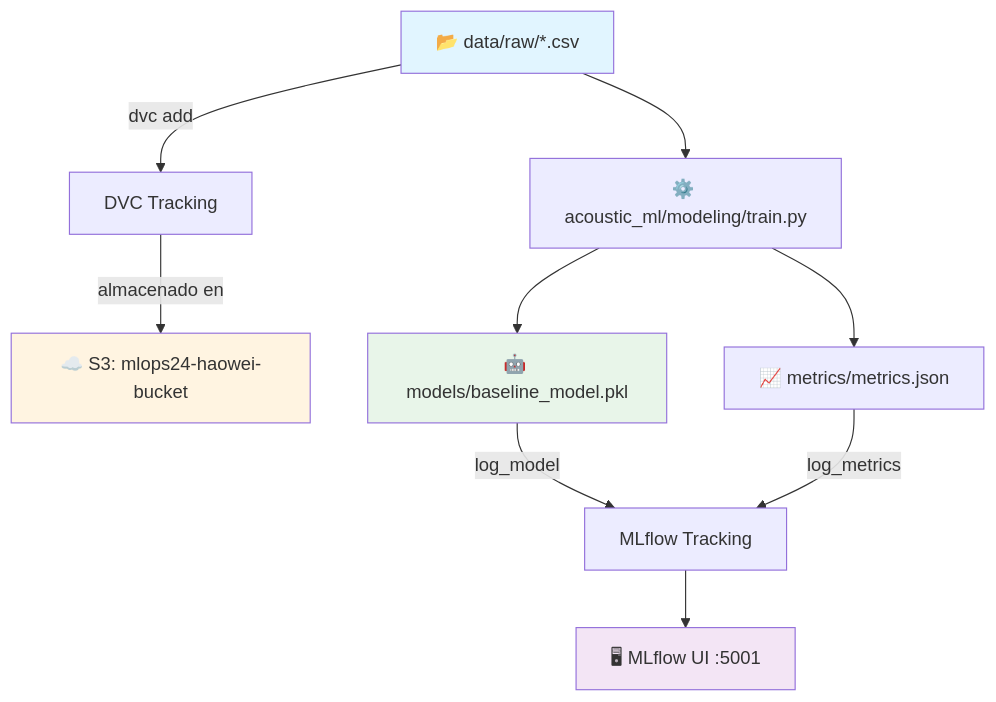
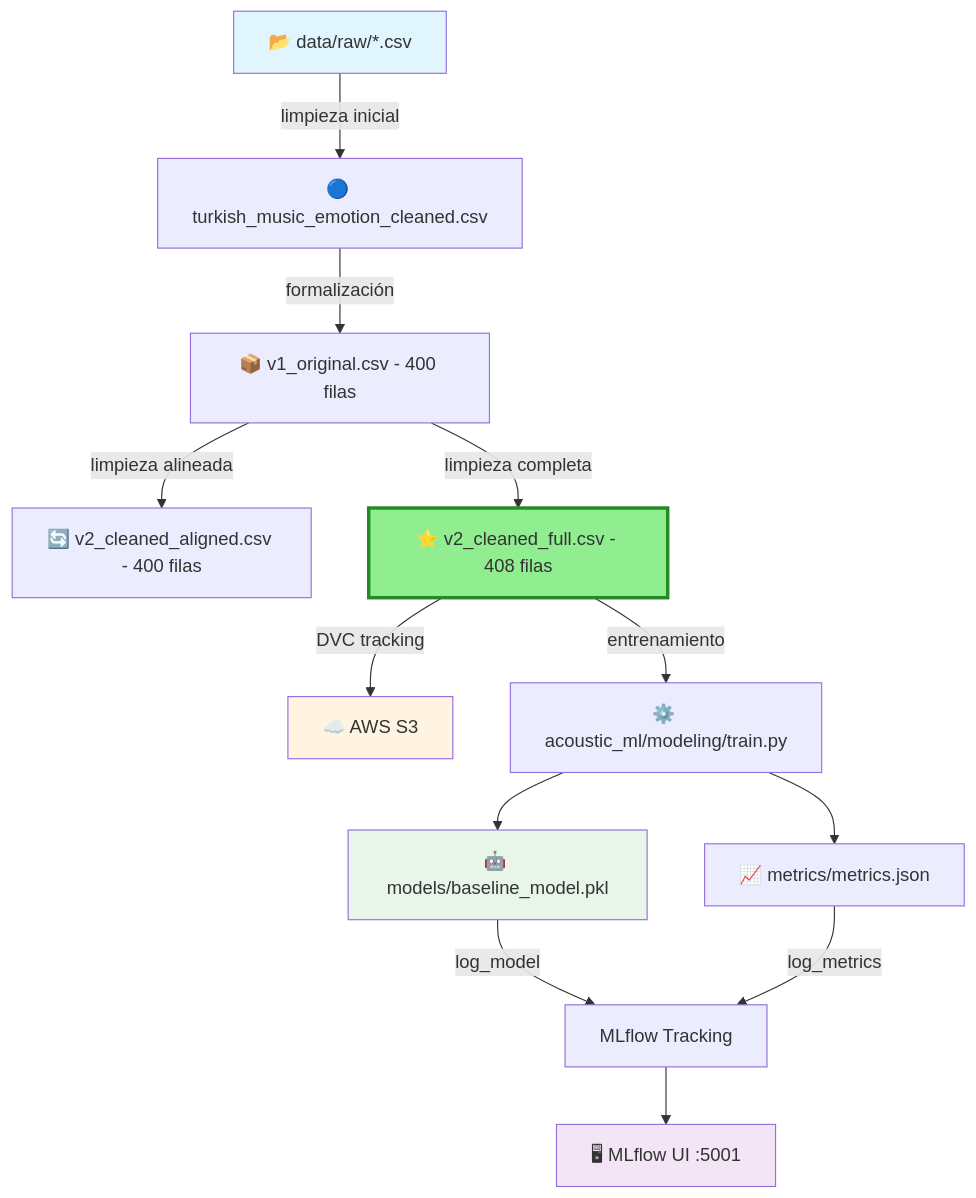
One commit to jrebull/MLOps_Team24 changed the diagram in README.md. Above: the diagram before and after it, drawn with Mermaid. The commit also changed other lines of this file and 1 other file, not shown here.

````diff
--- a/README.md
+++ b/README.md
@@ -744,16 +1053,21 @@
 ```mermaid
 flowchart TD
-    A[📂 data/raw/*.csv] -->|dvc add| B[DVC Tracking]
-    B -->|almacenado en| C[☁️ S3: mlops24-haowei-bucket]
-    A --> D[⚙️ acoustic_ml/modeling/train.py]
-    D --> E[🤖 models/baseline_model.pkl]
-    D --> F[📈 metrics/metrics.json]
-    E -->|log_model| G[MLflow Tracking]
-    F -->|log_metrics| G
-    G --> H[🖥 MLflow UI :5001]
+    A[📂 data/raw/*.csv] -->|limpieza inicial| B[🔵 turkish_music_emotion_cleaned.csv]
+    B -->|formalización| C[📦 v1_original.csv - 400 filas]
+    C -->|limpieza alineada| D[🔄 v2_cleaned_aligned.csv - 400 filas]
+    C -->|limpieza completa| E[⭐ v2_cleaned_full.csv - 408 filas]
     
+    E -->|DVC tracking| F[☁️ AWS S3]
+    E -->|entrenamiento| G[⚙️ acoustic_ml/modeling/train.py]
+    G --> H[🤖 models/baseline_model.pkl]
+    G --> I[📈 metrics/metrics.json]
+    H -->|log_model| J[MLflow Tracking]
+    I -->|log_metrics| J
+    J --> K[🖥 MLflow UI :5001]
+    
+    style E fill:#90EE90,stroke:#228B22,stroke-width:3px
     style A fill:#e1f5ff
-    style C fill:#fff4e1
-    style E fill:#e8f5e9
-    style H fill:#f3e5f5
+    style F fill:#fff4e1
+    style H fill:#e8f5e9
+    style K fill:#f3e5f5
 ```
````
